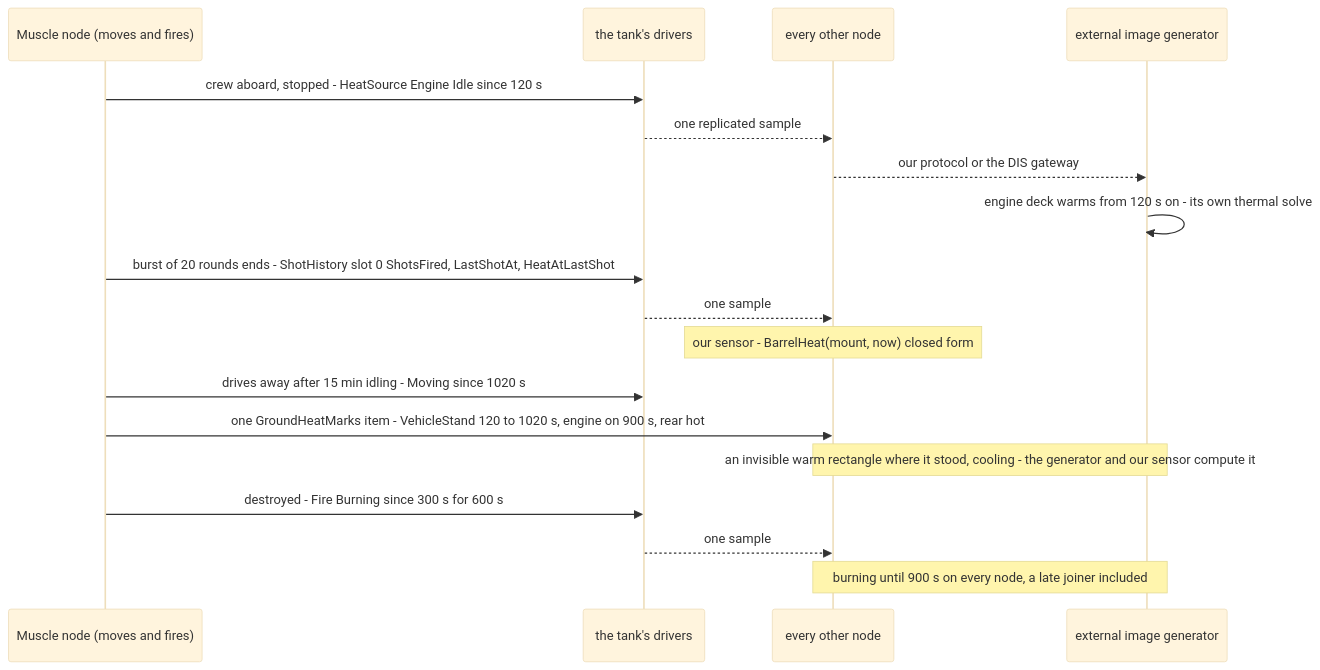
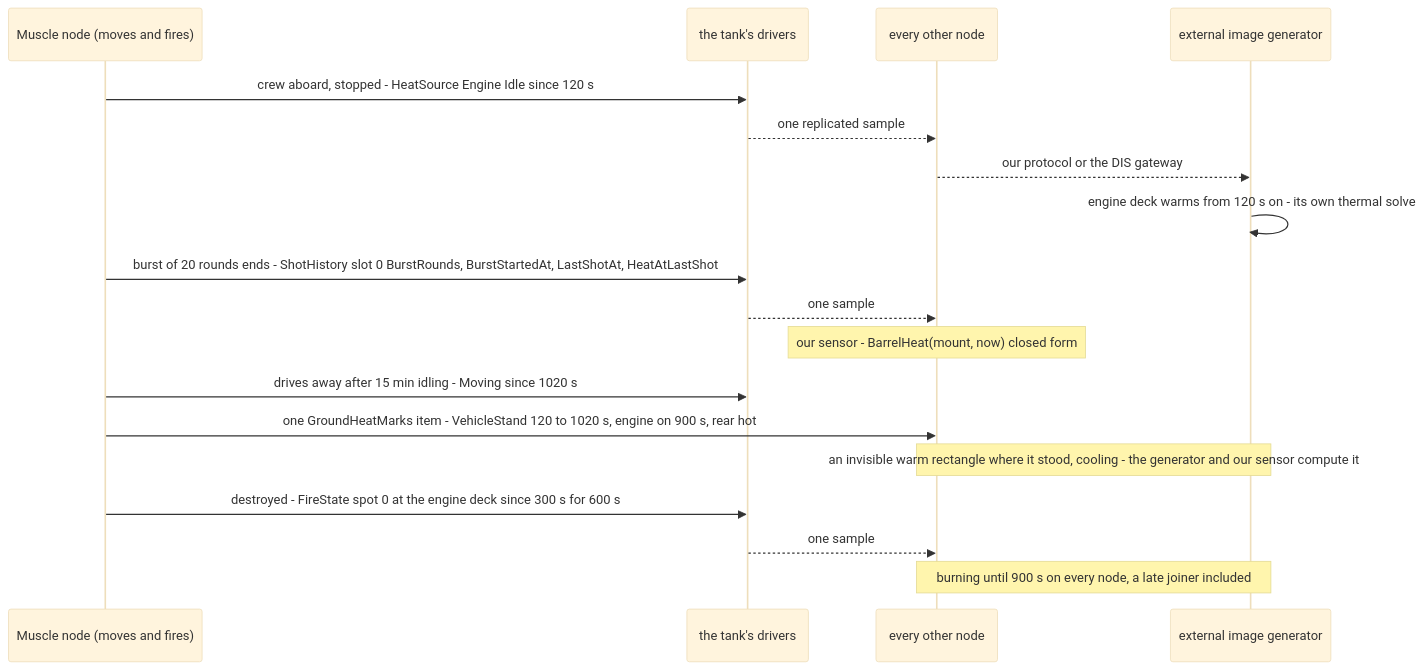
The second of 3 diagrams in docs/designs/thermal/DESIGN_Thermal_Drivers.md (pjanec/HROT), drawn with Mermaid (base theme) before and after one commit. The commit also changed other lines of this file, not shown here.

First line of the commit message:
thermal drivers: fire as up to 8 spots on three holders (vehicle, building record, terrain cell); ShotHistory carries the last burst, no cumulative count (still not approved)

````diff
--- a/docs/designs/thermal/DESIGN_Thermal_Drivers.md
+++ b/docs/designs/thermal/DESIGN_Thermal_Drivers.md
@@ -247,20 +279,20 @@
 ```mermaid
 sequenceDiagram
   participant M as Muscle node (moves and fires)
   participant D as the tank's drivers
   participant N as every other node
   participant G as external image generator
   M->>D: crew aboard, stopped - HeatSource Engine Idle since 120 s
   D-->>N: one replicated sample
   N-->>G: our protocol or the DIS gateway
   G->>G: engine deck warms from 120 s on - its own thermal solve
-  M->>D: burst of 20 rounds ends - ShotHistory slot 0 ShotsFired, LastShotAt, HeatAtLastShot
+  M->>D: burst of 20 rounds ends - ShotHistory slot 0 BurstRounds, BurstStartedAt, LastShotAt, HeatAtLastShot
   D-->>N: one sample
   Note over N: our sensor - BarrelHeat(mount, now) closed form
   M->>D: drives away after 15 min idling - Moving since 1020 s
   M->>N: one GroundHeatMarks item - VehicleStand 120 to 1020 s, engine on 900 s, rear hot
   Note over N,G: an invisible warm rectangle where it stood, cooling - the generator and our sensor compute it
-  M->>D: destroyed - Fire Burning since 300 s for 600 s
+  M->>D: destroyed - FireState spot 0 at the engine deck since 300 s for 600 s
   D-->>N: one sample
   Note over N,G: burning until 900 s on every node, a late joiner included
 ```
````
